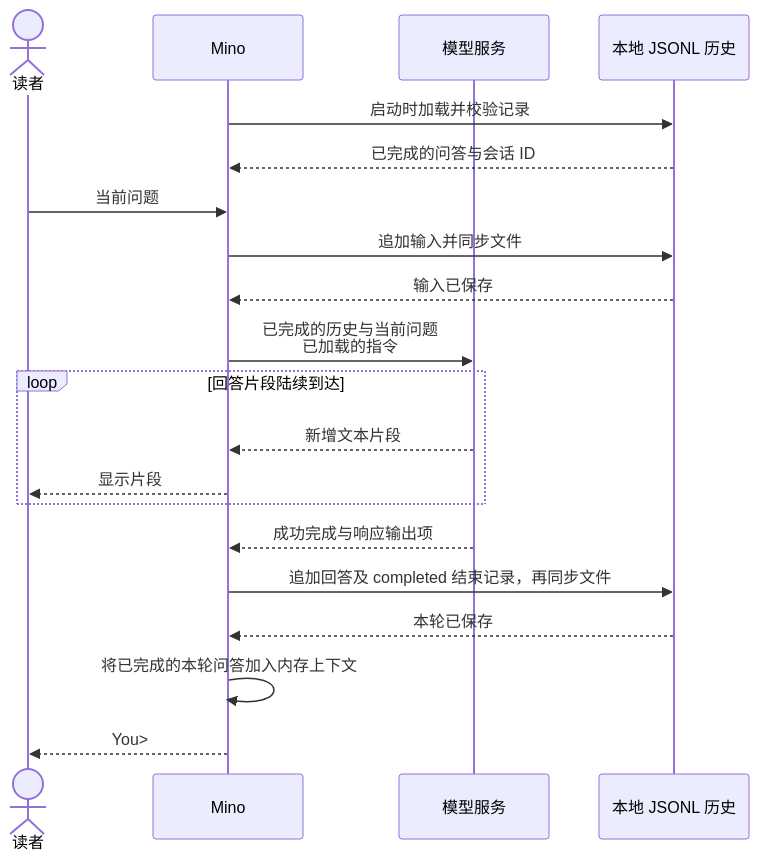
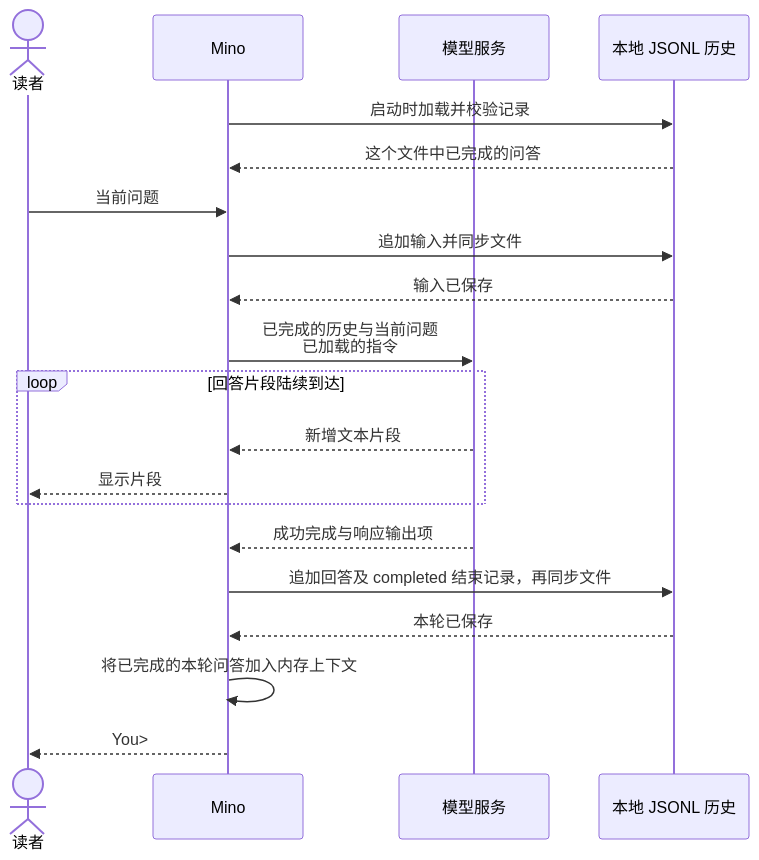
One commit to qshine/mino changed the diagram in docs/books/zh/chapters/02-jsonl-history.md. Above: the diagram before and after it, drawn with Mermaid. The commit also changed other lines of this file and 14 other files, not shown here.

````diff
--- a/docs/books/zh/chapters/02-jsonl-history.md
+++ b/docs/books/zh/chapters/02-jsonl-history.md
@@ -60,24 +60,24 @@
 ```mermaid
 sequenceDiagram
     accTitle: 恢复对话并保存完整的一轮问答
     accDescr: Mino 启动时从本地 JSONL 历史加载已完成的问答，先保存当前输入，再请求模型并显示回答片段，最后保存完整回答及结束记录，才将本轮加入上下文并接受下一个问题。
     actor User as 读者
     participant Mino as Mino
     participant API as 模型服务
     participant Disk as 本地 JSONL 历史
     Mino->>Disk: 启动时加载并校验记录
-    Disk-->>Mino: 已完成的问答与会话 ID
+    Disk-->>Mino: 这个文件中已完成的问答
     User->>Mino: 当前问题
     Mino->>Disk: 追加输入并同步文件
     Disk-->>Mino: 输入已保存
     Mino->>API: 已完成的历史与当前问题<br/>已加载的指令
     loop 回答片段陆续到达
         API-->>Mino: 新增文本片段
         Mino-->>User: 显示片段
     end
     API-->>Mino: 成功完成与响应输出项
     Mino->>Disk: 追加回答及 completed 结束记录，再同步文件
     Disk-->>Mino: 本轮已保存
     Mino->>Mino: 将已完成的本轮问答加入内存上下文
     Mino-->>User: You>
 ```
````
